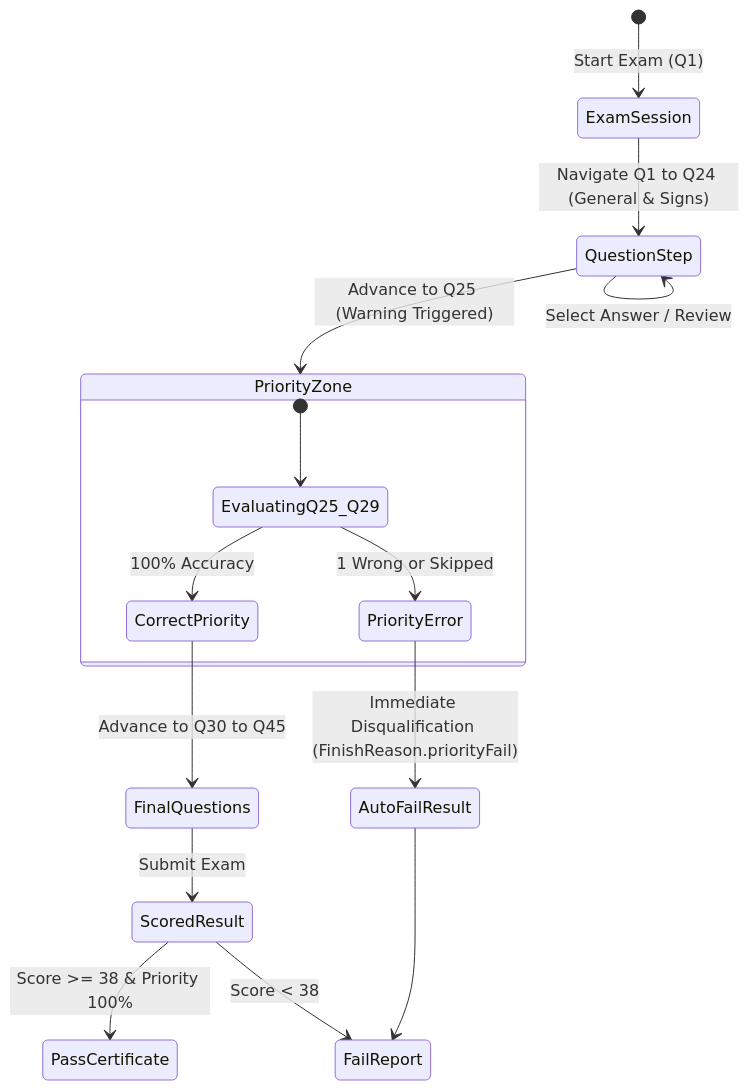
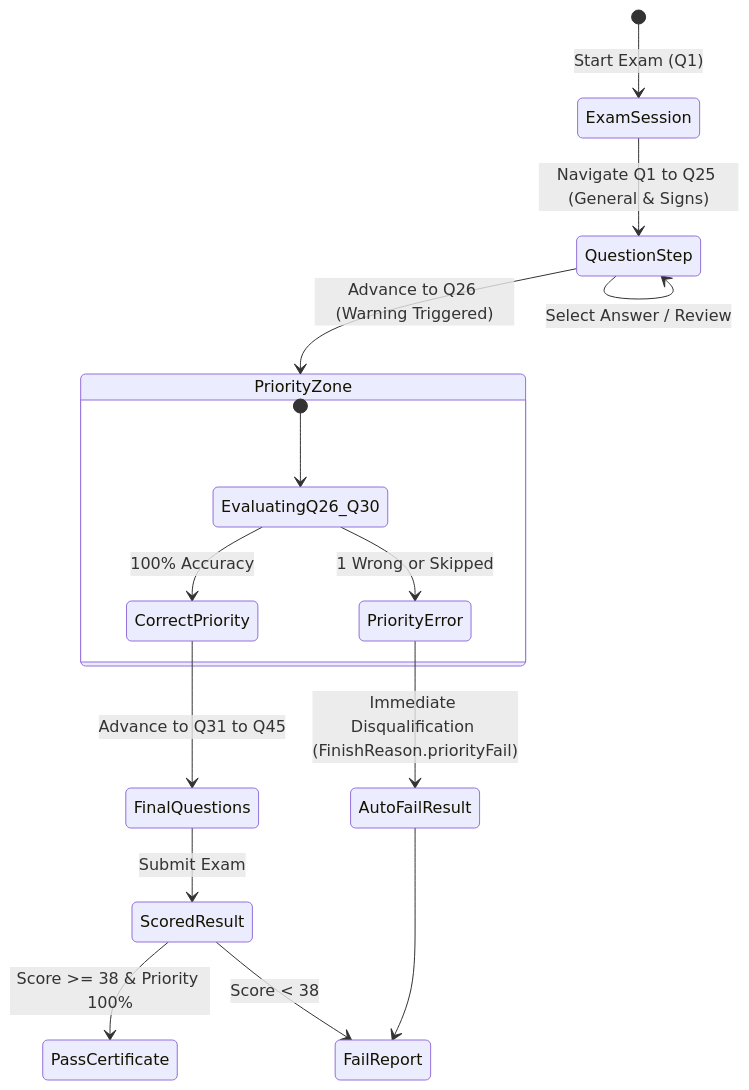
The second of 2 diagrams in ARCHITECTURE.md (danishsary8/driving-rules), drawn with Mermaid before and after one commit. The commit also changed other lines of this file and 7 other files, not shown here.

First line of the commit message:
fix: correct priority question numbering, translate hardcoded Khmer labels, tone down ARCHITECTURE.md

````diff
--- a/ARCHITECTURE.md
+++ b/ARCHITECTURE.md
@@ -56,23 +59,23 @@
 ```mermaid
 stateDiagram-v2
     [*] --> ExamSession: Start Exam (Q1)
     
-    ExamSession --> QuestionStep: Navigate Q1 to Q24 (General & Signs)
+    ExamSession --> QuestionStep: Navigate Q1 to Q25 (General & Signs)
     QuestionStep --> QuestionStep: Select Answer / Review
     
-    QuestionStep --> PriorityZone: Advance to Q25 (Warning Triggered)
+    QuestionStep --> PriorityZone: Advance to Q26 (Warning Triggered)
     
     state PriorityZone {
-        [*] --> EvaluatingQ25_Q29
-        EvaluatingQ25_Q29 --> CorrectPriority: 100% Accuracy
-        EvaluatingQ25_Q29 --> PriorityError: 1 Wrong or Skipped
+        [*] --> EvaluatingQ26_Q30
+        EvaluatingQ26_Q30 --> CorrectPriority: 100% Accuracy
+        EvaluatingQ26_Q30 --> PriorityError: 1 Wrong or Skipped
     }
     
     PriorityError --> AutoFailResult: Immediate Disqualification (FinishReason.priorityFail)
-    CorrectPriority --> FinalQuestions: Advance to Q30 to Q45
+    CorrectPriority --> FinalQuestions: Advance to Q31 to Q45
     FinalQuestions --> ScoredResult: Submit Exam
     
     ScoredResult --> PassCertificate: Score >= 38 & Priority 100%
     ScoredResult --> FailReport: Score < 38
     AutoFailResult --> FailReport
 ```
````
